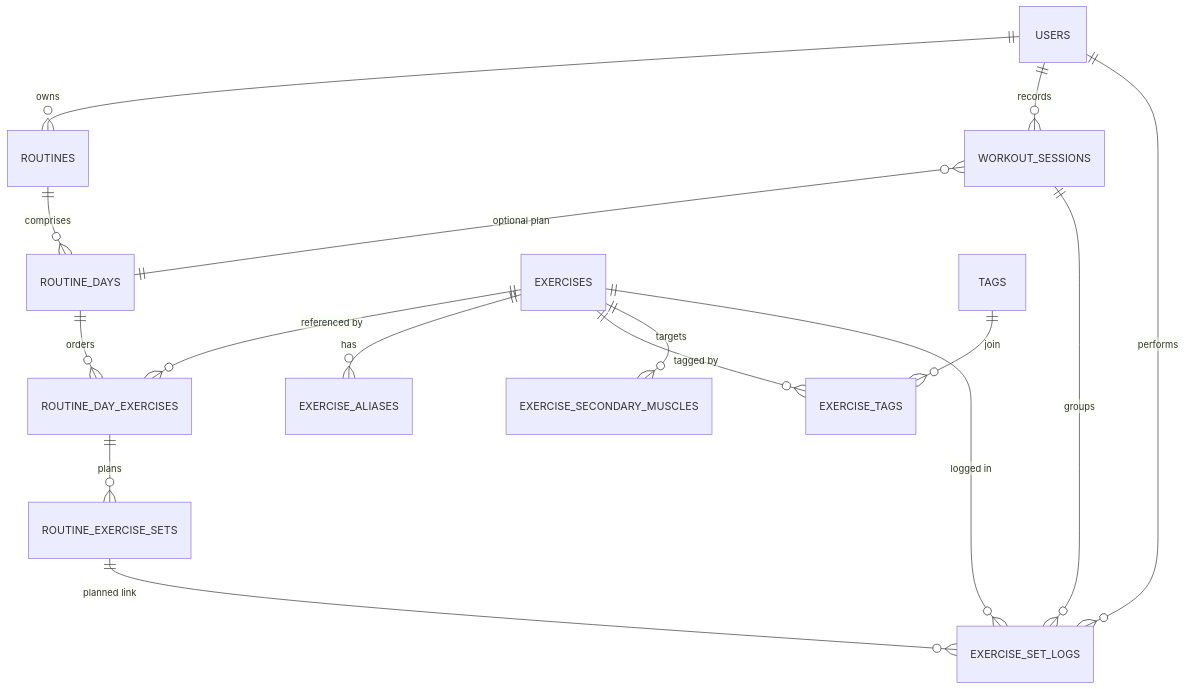
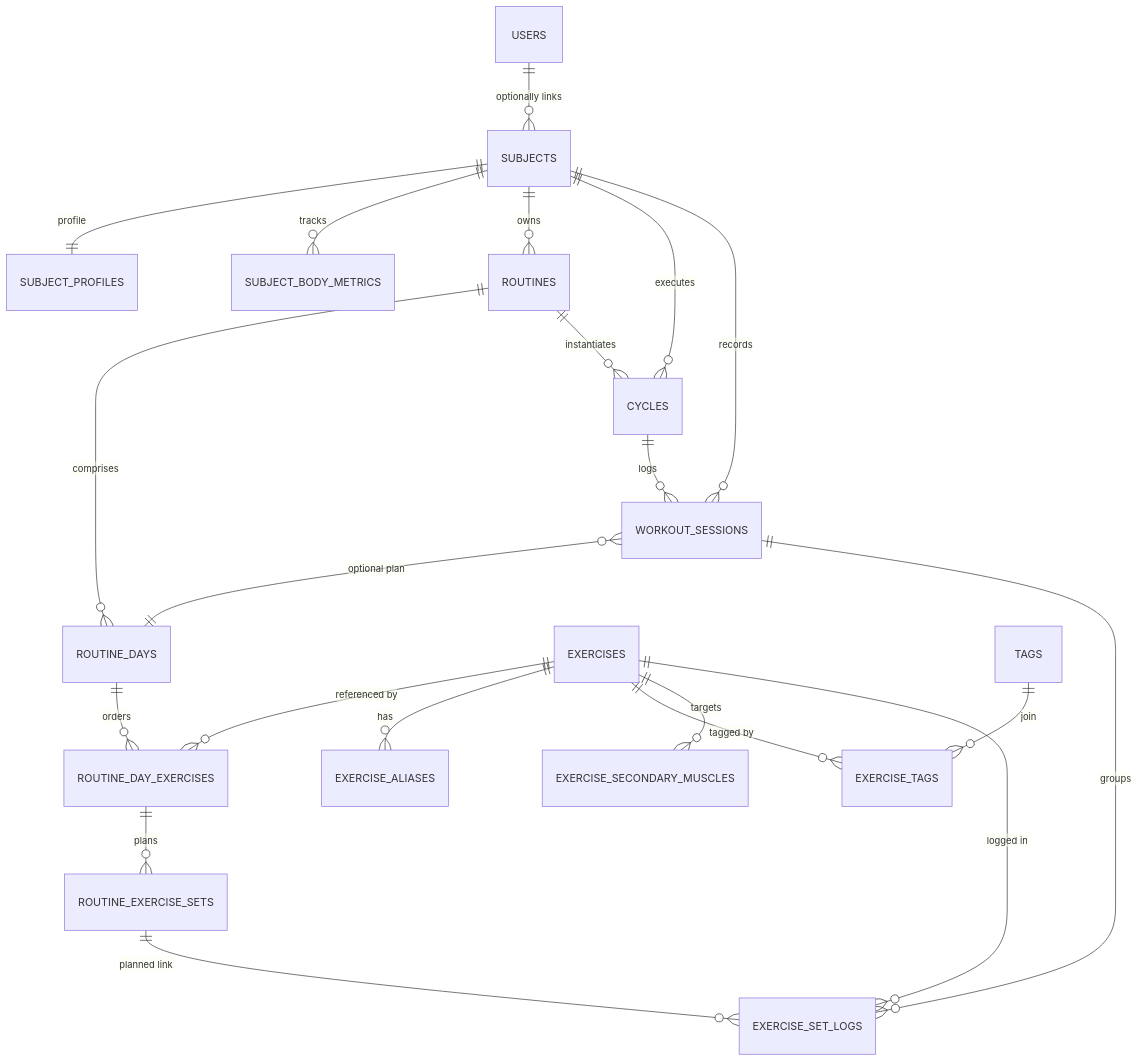
Before and after one commit to edunavata/FitnessTrack: the diagram in backend/app/models/README.md, drawn with Mermaid. The commit also changed other lines of this file, not shown here.

````diff
--- a/backend/app/models/README.md
+++ b/backend/app/models/README.md
@@ -7,23 +7,29 @@
 ```mermaid
 erDiagram
-    USERS ||--o{ ROUTINES : "owns"
-    USERS ||--o{ WORKOUT_SESSIONS : "records"
-    USERS ||--o{ EXERCISE_SET_LOGS : "performs"
+    USERS ||--o{ SUBJECTS : "optionally links"
+    SUBJECTS ||--|| SUBJECT_PROFILES : "profile"
+    SUBJECTS ||--o{ SUBJECT_BODY_METRICS : "tracks"
 
+    SUBJECTS ||--o{ ROUTINES : "owns"
     ROUTINES ||--o{ ROUTINE_DAYS : "comprises"
     ROUTINE_DAYS ||--o{ ROUTINE_DAY_EXERCISES : "orders"
     ROUTINE_DAY_EXERCISES ||--o{ ROUTINE_EXERCISE_SETS : "plans"
+
+    SUBJECTS ||--o{ CYCLES : "executes"
+    ROUTINES ||--o{ CYCLES : "instantiates"
+    CYCLES ||--o{ WORKOUT_SESSIONS : "logs"
+    SUBJECTS ||--o{ WORKOUT_SESSIONS : "records"
 
     WORKOUT_SESSIONS }o--|| ROUTINE_DAYS : "optional plan"
 
     EXERCISES ||--o{ ROUTINE_DAY_EXERCISES : "referenced by"
     EXERCISES ||--o{ EXERCISE_ALIASES : "has"
     EXERCISES ||--o{ EXERCISE_TAGS : "tagged by"
     EXERCISES ||--o{ EXERCISE_SECONDARY_MUSCLES : "targets"
     EXERCISES ||--o{ EXERCISE_SET_LOGS : "logged in"
 
     TAGS ||--o{ EXERCISE_TAGS : "join"
 
     ROUTINE_EXERCISE_SETS ||--o{ EXERCISE_SET_LOGS : "planned link"
     WORKOUT_SESSIONS ||--o{ EXERCISE_SET_LOGS : "groups"
 ```
````
